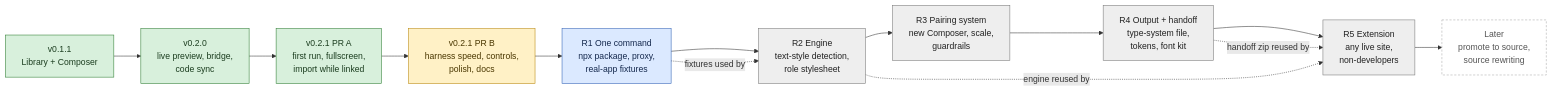
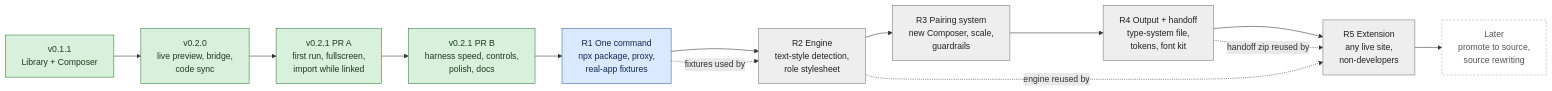
One commit to pterw/font-kit-studio changed the diagram in docs/plans/2026-10-03-roadmap.md. Above: the diagram before and after it, drawn with Mermaid. The commit also changed other lines of this file and 3 other files, not shown here.

````diff
--- a/docs/plans/2026-10-03-roadmap.md
+++ b/docs/plans/2026-10-03-roadmap.md
@@ -25,24 +25,24 @@
 ```mermaid
 flowchart LR
     classDef done fill:#d8f0dc,stroke:#2e7d32,color:#1b3d1f
     classDef active fill:#fff1c6,stroke:#b8860b,color:#4a3700
     classDef next fill:#dbe9ff,stroke:#2f5fb3,color:#14284d
     classDef planned fill:#eeeeee,stroke:#777,color:#222
     classDef later fill:#ffffff,stroke:#aaa,color:#555,stroke-dasharray:4 3
 
     V01["v0.1.1<br/>Library + Composer"]:::done
     V02["v0.2.0<br/>live preview, bridge,<br/>code sync"]:::done
     PRA["v0.2.1 PR A<br/>first run, fullscreen,<br/>import while linked"]:::done
-    PRB["v0.2.1 PR B<br/>harness speed, controls,<br/>polish, docs"]:::active
+    PRB["v0.2.1 PR B<br/>harness speed, controls,<br/>polish, docs"]:::done
     R1["R1 One command<br/>npx package, proxy,<br/>real-app fixtures"]:::next
     R2["R2 Engine<br/>text-style detection,<br/>role stylesheet"]:::planned
     R3["R3 Pairing system<br/>new Composer, scale,<br/>guardrails"]:::planned
     R4["R4 Output + handoff<br/>type-system file,<br/>tokens, font kit"]:::planned
     R5["R5 Extension<br/>any live site,<br/>non-developers"]:::planned
     L["Later<br/>promote to source,<br/>source rewriting"]:::later
 
     V01 --> V02 --> PRA --> PRB --> R1 --> R2 --> R3 --> R4 --> R5 --> L
     R1 -. fixtures used by .-> R2
     R2 -. engine reused by .-> R5
     R4 -. handoff zip reused by .-> R5
 ```
````
